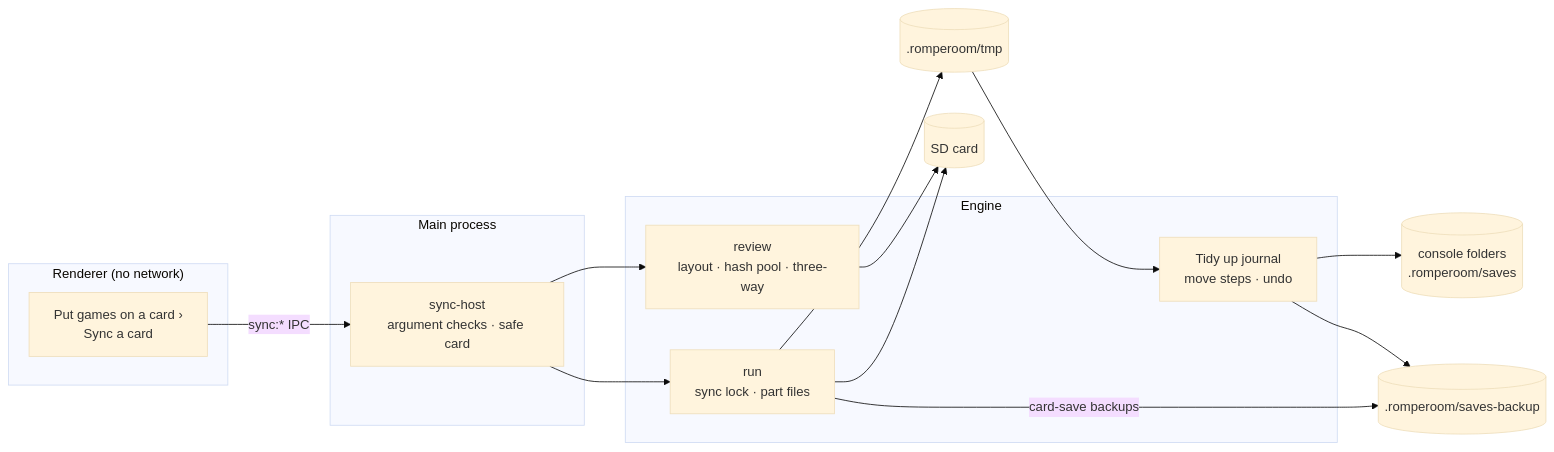
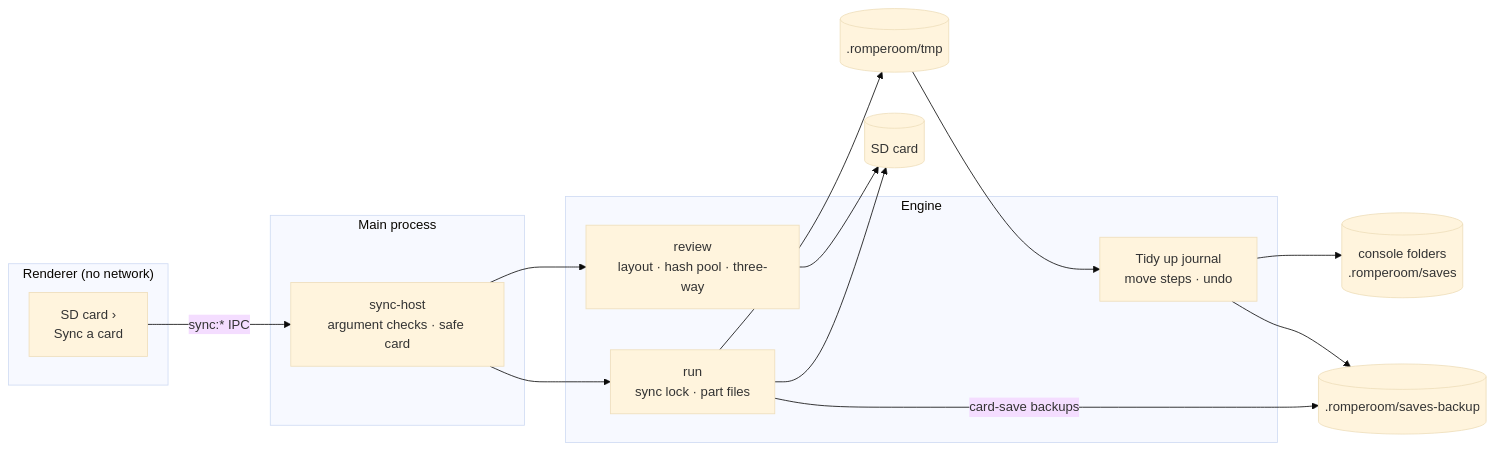
One commit to MakerCorn/romperoom-releases changed diagram 15 of 18 in docs/architecture.md. Above: the diagram before and after it, drawn with Mermaid (base theme). The commit also changed other lines of this file and 77 other files, not shown here.

````diff
--- a/docs/architecture.md
+++ b/docs/architecture.md
@@ -1328,22 +1429,22 @@
 ```mermaid
 flowchart LR
   subgraph R["Renderer (no network)"]
-    P["Put games on a card ›<br/>Sync a card"]
+    P["SD card ›<br/>Sync a card"]
   end
   subgraph M["Main process"]
     H["sync-host<br/>argument checks · safe card"]
   end
   subgraph E["Engine"]
     RV["review<br/>layout · hash pool · three-way"]
     RN["run<br/>sync lock · part files"]
     J["Tidy up journal<br/>move steps · undo"]
   end
   P -- "sync:* IPC" --> H --> RV
   H --> RN
   RV --> CARD[("SD card")]
   RN --> TMP[(".romperoom/tmp")] --> J
   J --> LIB[("console folders<br/>.romperoom/saves")]
   RN --> CARD
   J --> BAK[(".romperoom/saves-backup")]
   RN -- "card-save backups" --> BAK
 ```
````
